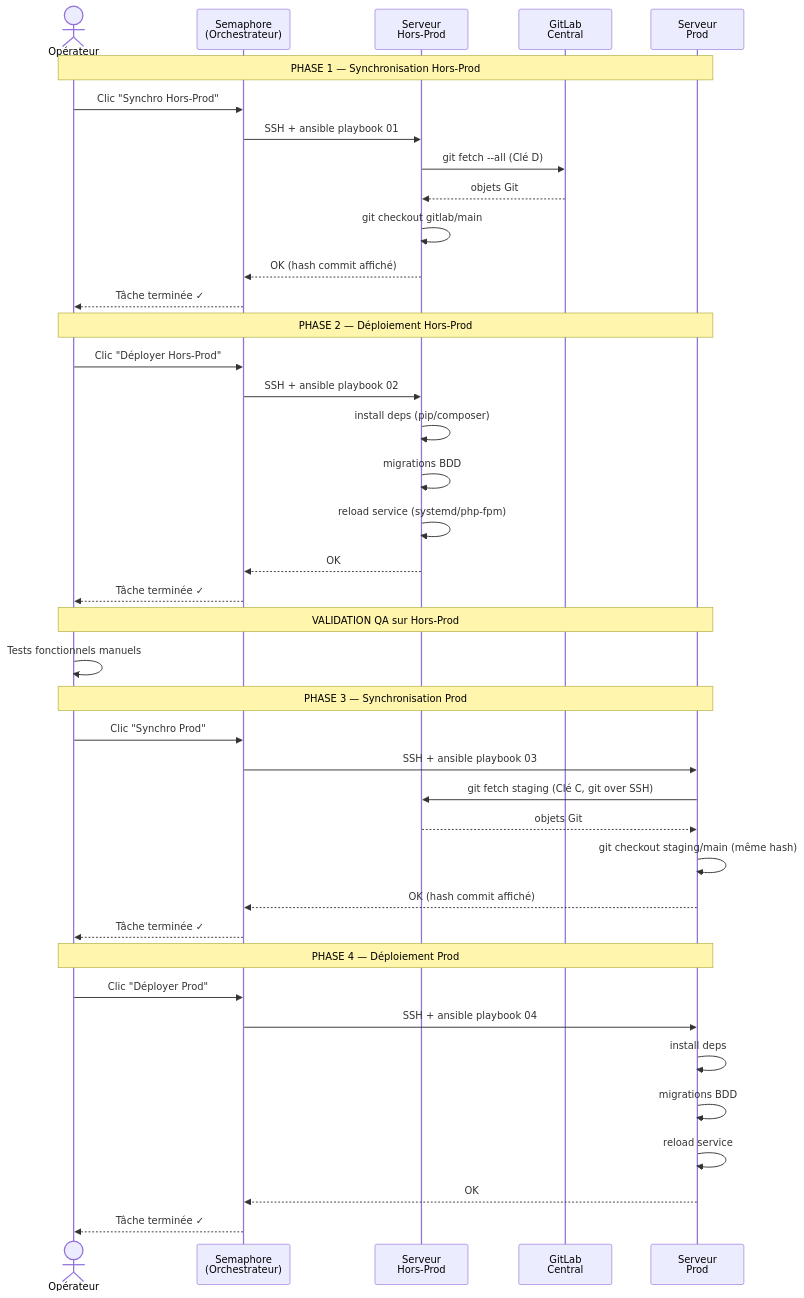
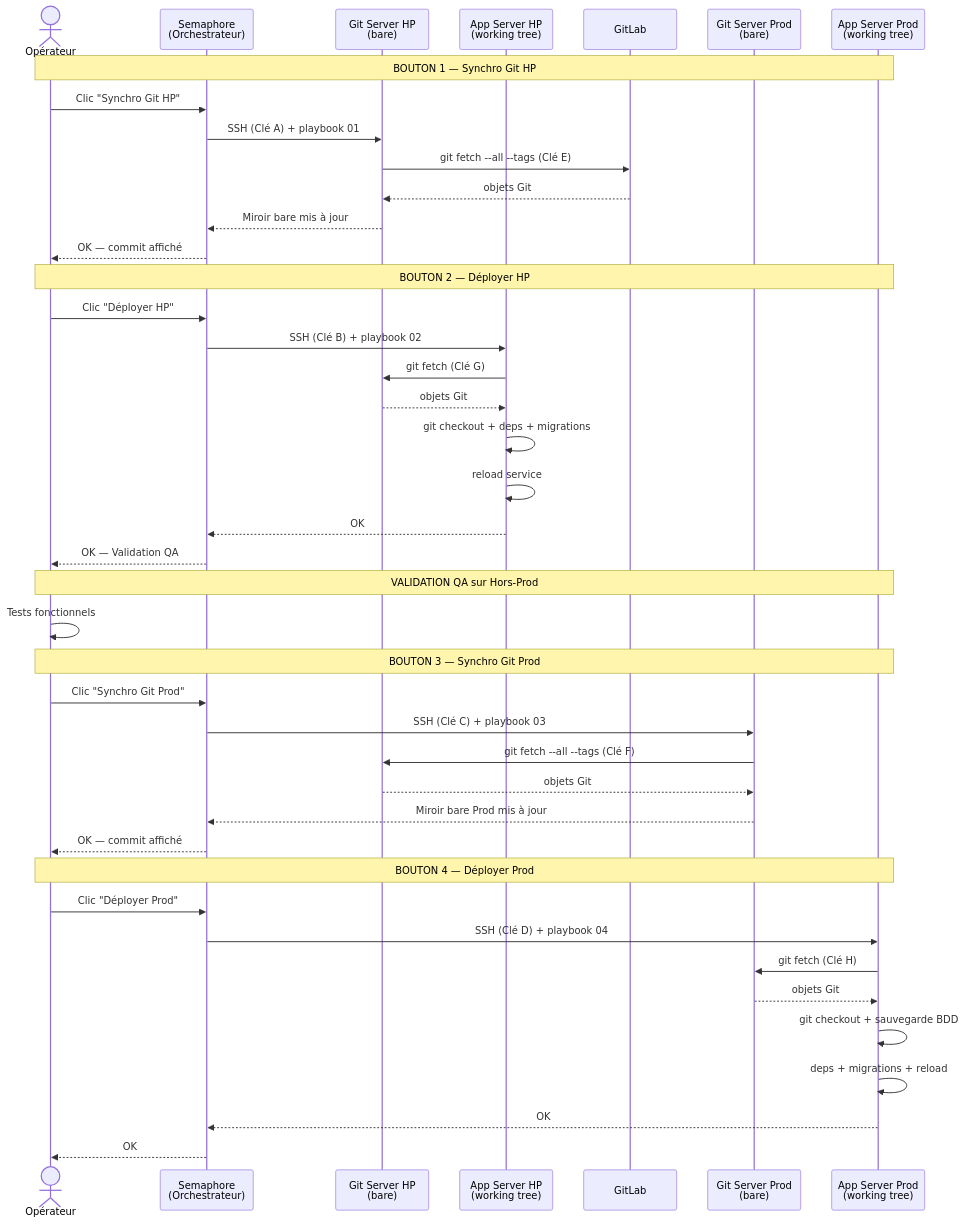
Before and after one commit to s4uroon/CI-CD: the third of 3 diagrams in docs/architecture.md, drawn with Mermaid. The commit also changed other lines of this file and 22 other files, not shown here.

First line of the commit message:
refactor: split Git and App servers into separate hosts

````diff
--- a/docs/architecture.md
+++ b/docs/architecture.md
@@ -76,52 +103,54 @@
 ```mermaid
 sequenceDiagram
     actor OPS as Opérateur
     participant SEM as Semaphore<br/>(Orchestrateur)
-    participant HP as Serveur<br/>Hors-Prod
-    participant GL as GitLab<br/>Central
-    participant PROD as Serveur<br/>Prod
+    participant GHP as Git Server HP<br/>(bare)
+    participant AHP as App Server HP<br/>(working tree)
+    participant GL as GitLab
+    participant GPROD as Git Server Prod<br/>(bare)
+    participant APROD as App Server Prod<br/>(working tree)
 
-    Note over OPS,PROD: PHASE 1 — Synchronisation Hors-Prod
+    Note over OPS,APROD: BOUTON 1 — Synchro Git HP
 
-    OPS->>SEM: Clic "Synchro Hors-Prod"
-    SEM->>HP: SSH + ansible playbook 01
-    HP->>GL: git fetch --all (Clé D)
-    GL-->>HP: objets Git
-    HP->>HP: git checkout gitlab/main
-    HP-->>SEM: OK (hash commit affiché)
-    SEM-->>OPS: Tâche terminée ✓
+    OPS->>SEM: Clic "Synchro Git HP"
+    SEM->>GHP: SSH (Clé A) + playbook 01
+    GHP->>GL: git fetch --all --tags (Clé E)
+    GL-->>GHP: objets Git
+    GHP-->>SEM: Miroir bare mis à jour
+    SEM-->>OPS: OK — commit affiché
 
-    Note over OPS,PROD: PHASE 2 — Déploiement Hors-Prod
+    Note over OPS,APROD: BOUTON 2 — Déployer HP
 
-    OPS->>SEM: Clic "Déployer Hors-Prod"
-    SEM->>HP: SSH + ansible playbook 02
-    HP->>HP: install deps (pip/composer)
-    HP->>HP: migrations BDD
-    HP->>HP: reload service (systemd/php-fpm)
-    HP-->>SEM: OK
-    SEM-->>OPS: Tâche terminée ✓
+    OPS->>SEM: Clic "Déployer HP"
+    SEM->>AHP: SSH (Clé B) + playbook 02
+    AHP->>GHP: git fetch (Clé G)
+    GHP-->>AHP: objets Git
+    AHP->>AHP: git checkout + deps + migrations
+    AHP->>AHP: reload service
+    AHP-->>SEM: OK
+    SEM-->>OPS: OK — Validation QA
 
-    Note over OPS,PROD: VALIDATION QA sur Hors-Prod
+    Note over OPS,APROD: VALIDATION QA sur Hors-Prod
 
-    OPS->>OPS: Tests fonctionnels manuels
+    OPS->>OPS: Tests fonctionnels
 
-    Note over OPS,PROD: PHASE 3 — Synchronisation Prod
+    Note over OPS,APROD: BOUTON 3 — Synchro Git Prod
 
-    OPS->>SEM: Clic "Synchro Prod"
-    SEM->>PROD: SSH + ansible playbook 03
-    PROD->>HP: git fetch staging (Clé C, git over SSH)
-    HP-->>PROD: objets Git
-    PROD->>PROD: git checkout staging/main (même hash)
-    PROD-->>SEM: OK (hash commit affiché)
-    SEM-->>OPS: Tâche terminée ✓
+    OPS->>SEM: Clic "Synchro Git Prod"
+    SEM->>GPROD: SSH (Clé C) + playbook 03
+    GPROD->>GHP: git fetch --all --tags (Clé F)
+    GHP-->>GPROD: objets Git
+    GPROD-->>SEM: Miroir bare Prod mis à jour
+    SEM-->>OPS: OK — commit affiché
 
-    Note over OPS,PROD: PHASE 4 — Déploiement Prod
+    Note over OPS,APROD: BOUTON 4 — Déployer Prod
 
     OPS->>SEM: Clic "Déployer Prod"
-    SEM->>PROD: SSH + ansible playbook 04
-    PROD->>PROD: install deps
-    PROD->>PROD: migrations BDD
-    PROD->>PROD: reload service
-    PROD-->>SEM: OK
-    SEM-->>OPS: Tâche terminée ✓
+    SEM->>APROD: SSH (Clé D) + playbook 04
+    APROD->>GPROD: git fetch (Clé H)
+    GPROD-->>APROD: objets Git
+    APROD->>APROD: git checkout + sauvegarde BDD
+    APROD->>APROD: deps + migrations + reload
+    APROD-->>SEM: OK
+    SEM-->>OPS: OK
 ```
````
